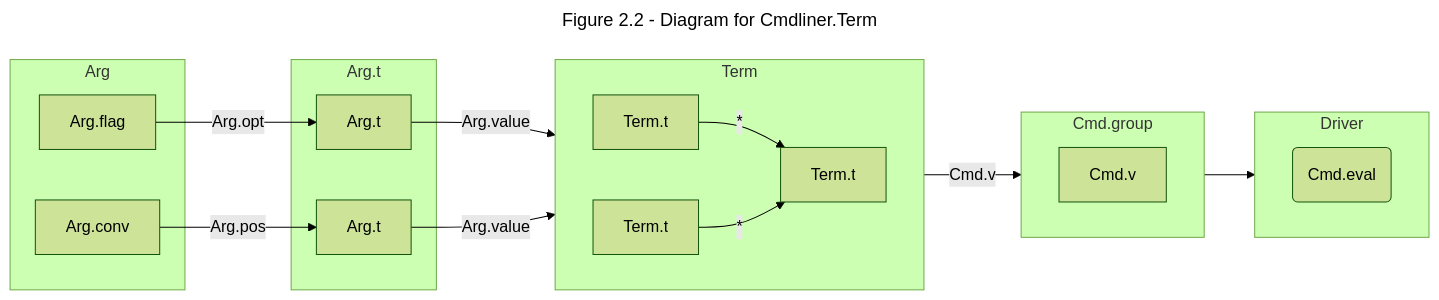
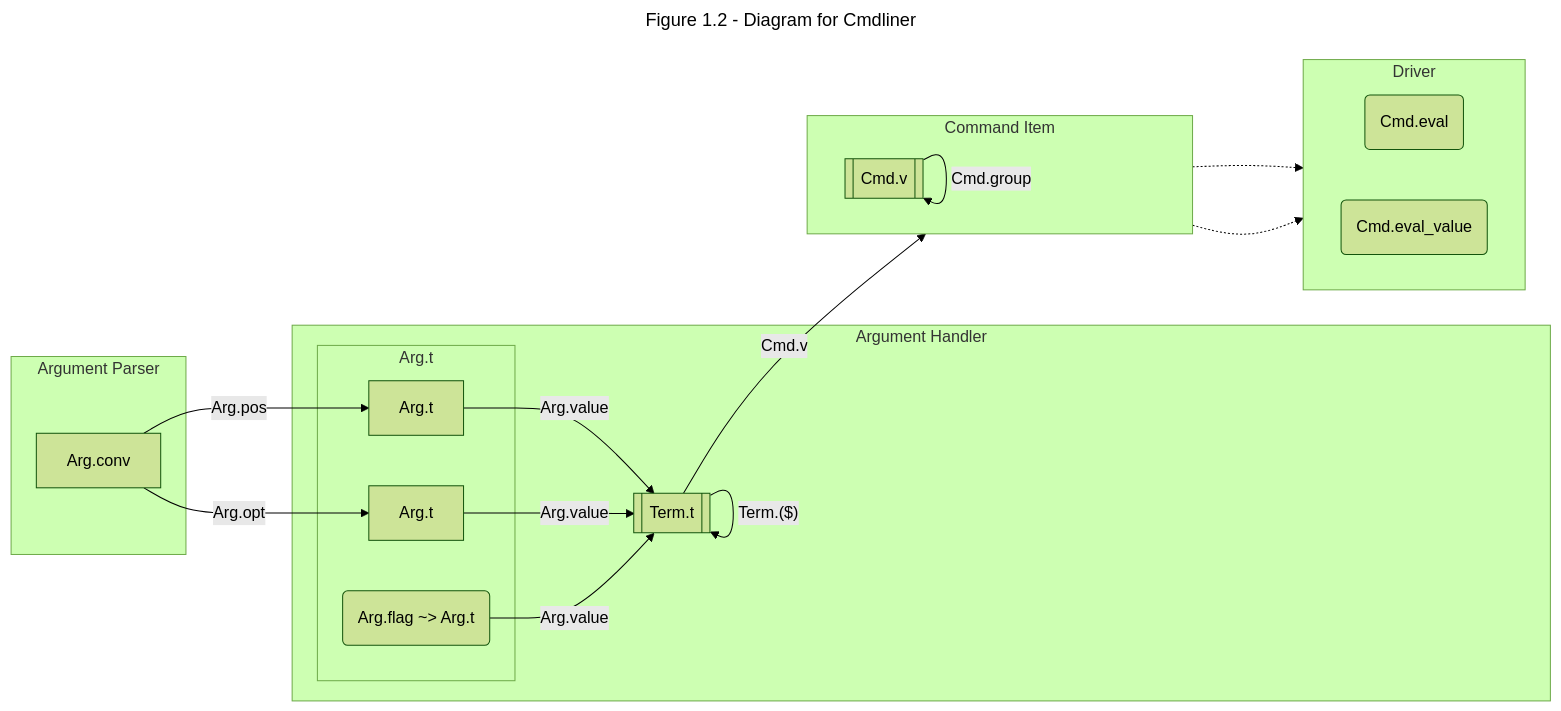
Before and after one commit to fairyland-ocaml/fairyland-ocaml.github.io: the second of 2 diagrams in src/libraries/argparse.md, drawn with Mermaid (forest theme). The commit also changed other lines of this file and 2 other files, not shown here.

````diff
--- a/src/libraries/argparse.md
+++ b/src/libraries/argparse.md
@@ -168,39 +103,41 @@
 ```mermaid
 ---
-title: Figure 2.2 - Diagram for Cmdliner.Term
+title: Figure 1.2 - Diagram for Cmdliner
 ---
 graph LR
-  subgraph ar [Arg]
-    AC1[Arg.flag]
-    AC2[Arg.conv]
+  subgraph ap [Argument Parser]
+    AC[Arg.conv]
   end
 
-  subgraph at [Arg.t]
-    AT1[Arg.t]
-    AT2[Arg.t]
+  AC --> |Arg.pos| AT1
+  AC --> |Arg.opt| AT2
+
+  subgraph sa [Argument Handler]
+    subgraph at [Arg.t]
+      AT1[Arg.t]
+      AT2[Arg.t]
+      AT3(Arg.flag ~> Arg.t)
+    end
+
+    AT1 --> |Arg.value| P0
+    AT2 --> |Arg.value| P0
+    AT3 --> |Arg.value| P0
+
+    P0[[Term.t]] --> |"Term.($)"| P0
   end
 
-  subgraph sp [Term]
-    direction LR
-    AC1 --> |Arg.opt| AT1
-    AT1 --> |Arg.value| P1
-
-    AC2 --> |Arg.pos| AT2
-    AT2 --> |Arg.value| P2
-
-    P1[Term.t] --> |*| P0[Term.t]
-    P2[Term.t] --> |*| P0[Term.t]
-  end
   P0 --> |Cmd.v| C0
 
-  subgraph sg [Cmd.group]
+  subgraph sg [Command Item]
     direction LR
-    C0[Cmd.v]
+    C0[[Cmd.v]] --> |Cmd.group| C0
   end
 
   subgraph sd [Driver]
     direction LR
     Cr(Cmd.eval)
-    C0 --> Cr
+    Cv(Cmd.eval_value)
+    C0 .-> Cr
+    C0 .-> Cv
   end
 ```
````
